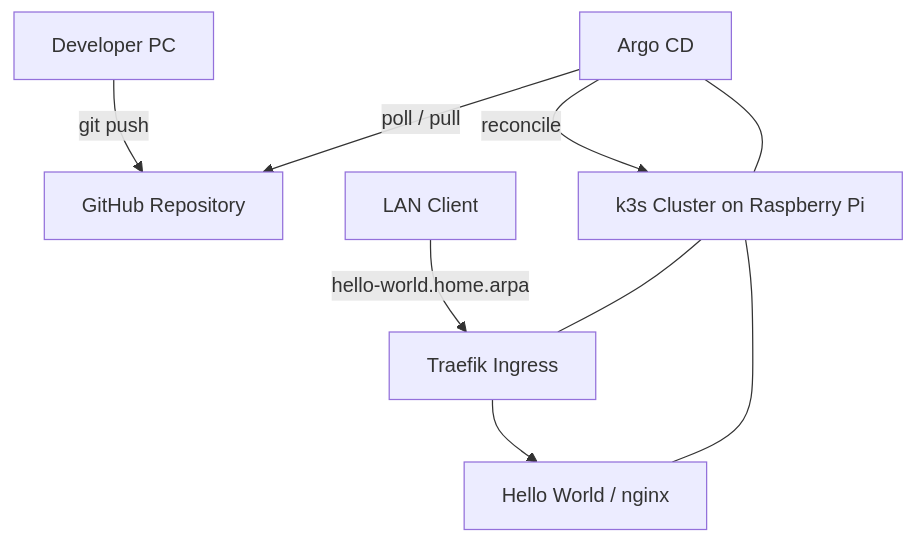
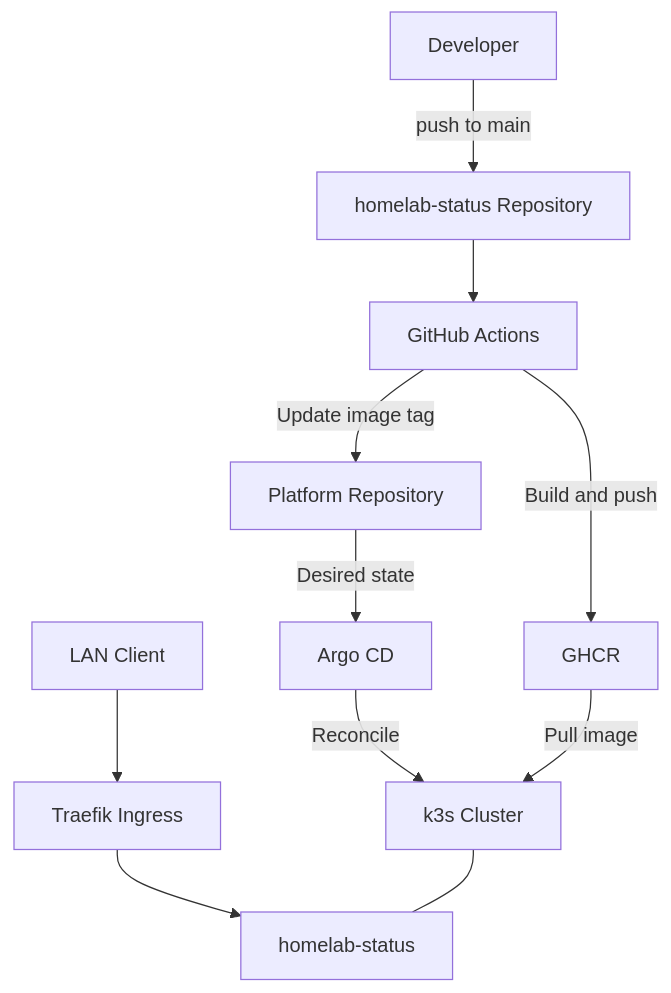
The diagram in README.md (Malin502/k8s-homelab-platform), drawn with Mermaid before and after one commit. The commit also changed other lines of this file, not shown here.

Commit message:
docs: update README for homelab-status and automated CD

````diff
--- a/README.md
+++ b/README.md
@@ -33,11 +29,13 @@
 ```mermaid
 flowchart TD
-    Dev["Developer PC"] -->|"git push"| GitHub["GitHub Repository"]
-    Argo["Argo CD"] -->|"poll / pull"| GitHub
-    Argo -->|"reconcile"| K3s["k3s Cluster on Raspberry Pi"]
-    Client["LAN Client"] -->|"hello-world.home.arpa"| Traefik["Traefik Ingress"]
-    Traefik --> App["Hello World / nginx"]
-    K3s --- Argo
-    K3s --- Traefik
-    K3s --- App
+    Dev["Developer"] -->|"push to main"| AppRepo["homelab-status Repository"]
+    AppRepo --> CI["GitHub Actions"]
+    CI -->|"Build and push"| GHCR["GHCR"]
+    CI -->|"Update image tag"| Platform["Platform Repository"]
+    Platform -->|"Desired state"| Argo["Argo CD"]
+    Argo -->|"Reconcile"| K3s["k3s Cluster"]
+    GHCR -->|"Pull image"| K3s
+    Client["LAN Client"] --> Traefik["Traefik Ingress"]
+    Traefik --> Status["homelab-status"]
+    K3s --- Status
 ```
````
